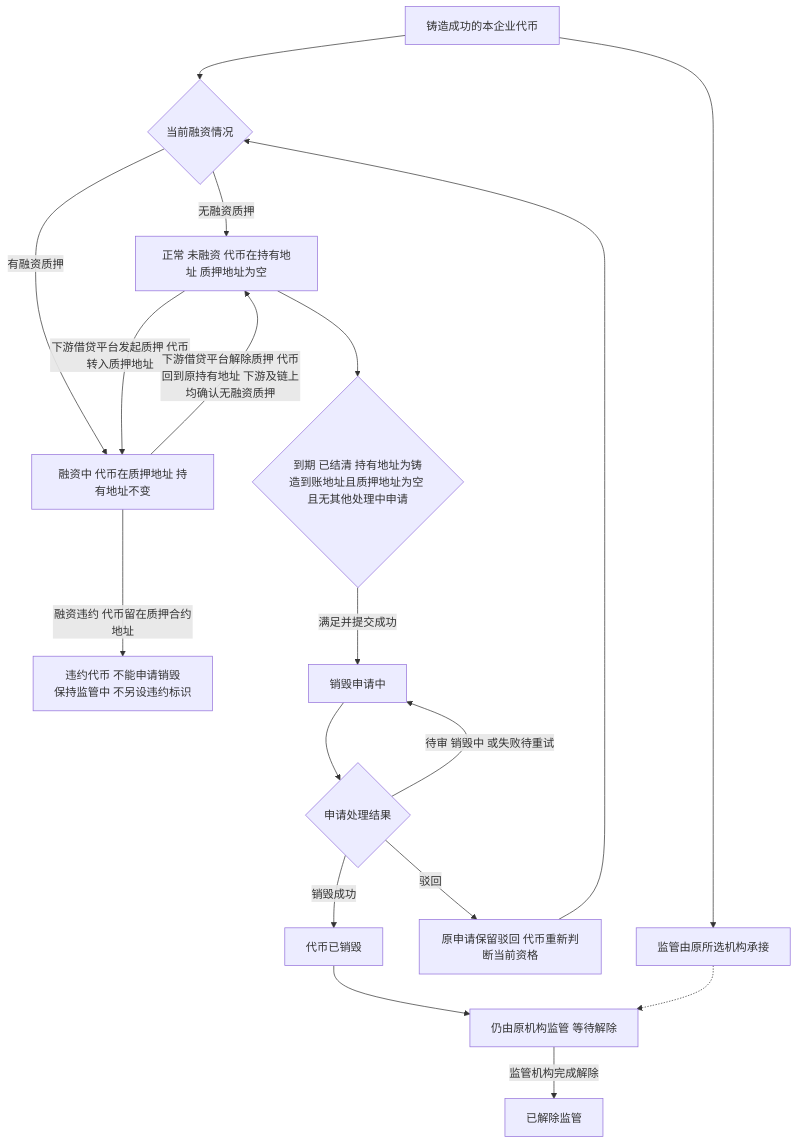
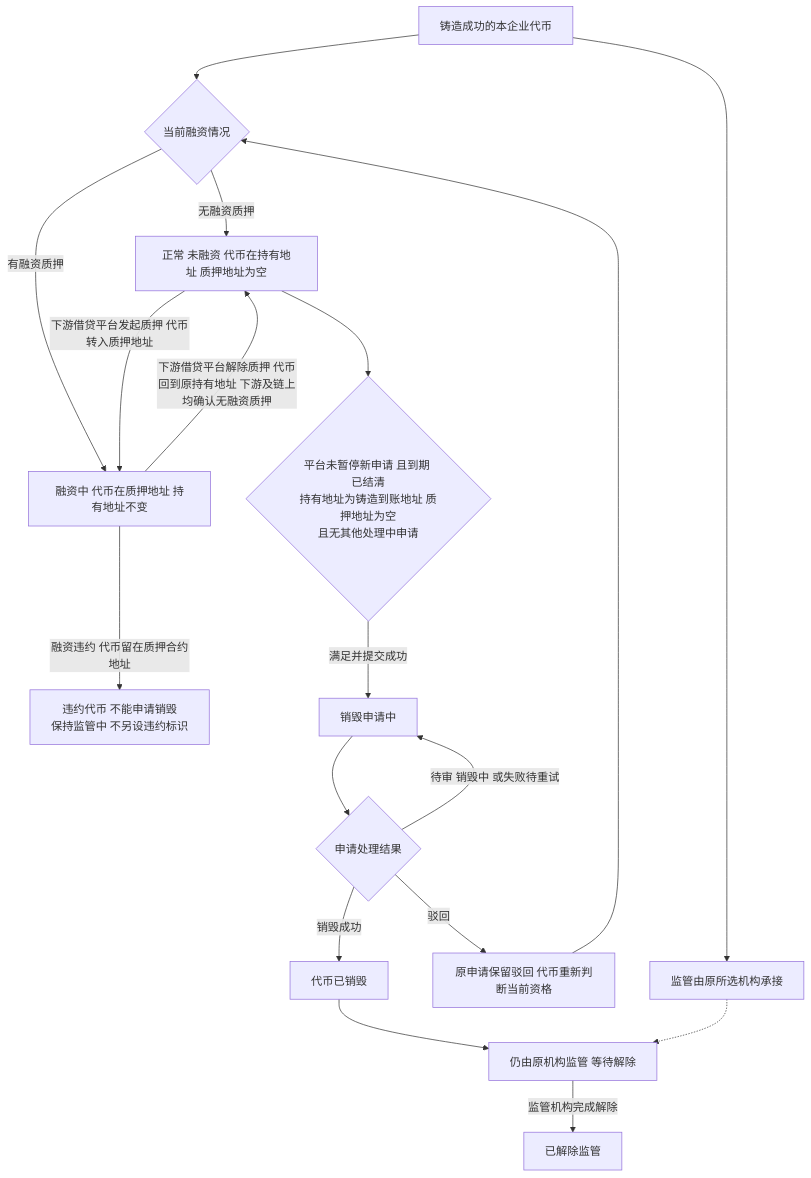
Before and after one commit to wxblockchain/Chain-Financing: the fourth of 4 diagrams in token-issuance-platform/PRD/面客端/M4a-我的代币与销毁申请/02-我的代币与销毁申请-流程图与状态机.md, drawn with Mermaid. The commit also changed other lines of this file and 5 other files, not shown here.

````diff
--- a/token-issuance-platform/PRD/面客端/M4a-我的代币与销毁申请/02-我的代币与销毁申请-流程图与状态机.md
+++ b/token-issuance-platform/PRD/面客端/M4a-我的代币与销毁申请/02-我的代币与销毁申请-流程图与状态机.md
@@ -104,20 +108,20 @@
 ```mermaid
 flowchart TD
     A[铸造成功的本企业代币] --> B[监管由原所选机构承接]
     A --> C{当前融资情况}
     C -->|无融资质押| D[正常 未融资 代币在持有地址 质押地址为空]
     C -->|有融资质押| E[融资中 代币在质押地址 持有地址不变]
     D -->|下游借贷平台发起质押 代币转入质押地址| E
     E -->|下游借贷平台解除质押 代币回到原持有地址 下游及链上均确认无融资质押| D
     E -->|融资违约 代币留在质押合约地址| X[违约代币 不能申请销毁<br/>保持监管中 不另设违约标识]
-    D --> F{到期 已结清 持有地址为铸造到账地址且质押地址为空 且无其他处理中申请}
+    D --> F{平台未暂停新申请 且到期 已结清<br/>持有地址为铸造到账地址 质押地址为空<br/>且无其他处理中申请}
     F -->|满足并提交成功| G[销毁申请中]
     G --> H{申请处理结果}
     H -->|驳回| I[原申请保留驳回 代币重新判断当前资格]
     I --> C
     H -->|待审 销毁中 或失败待重试| G
     H -->|销毁成功| J[代币已销毁]
     J --> K[仍由原机构监管 等待解除]
     B -.-> K
     K -->|监管机构完成解除| L[已解除监管]
 ```
````
